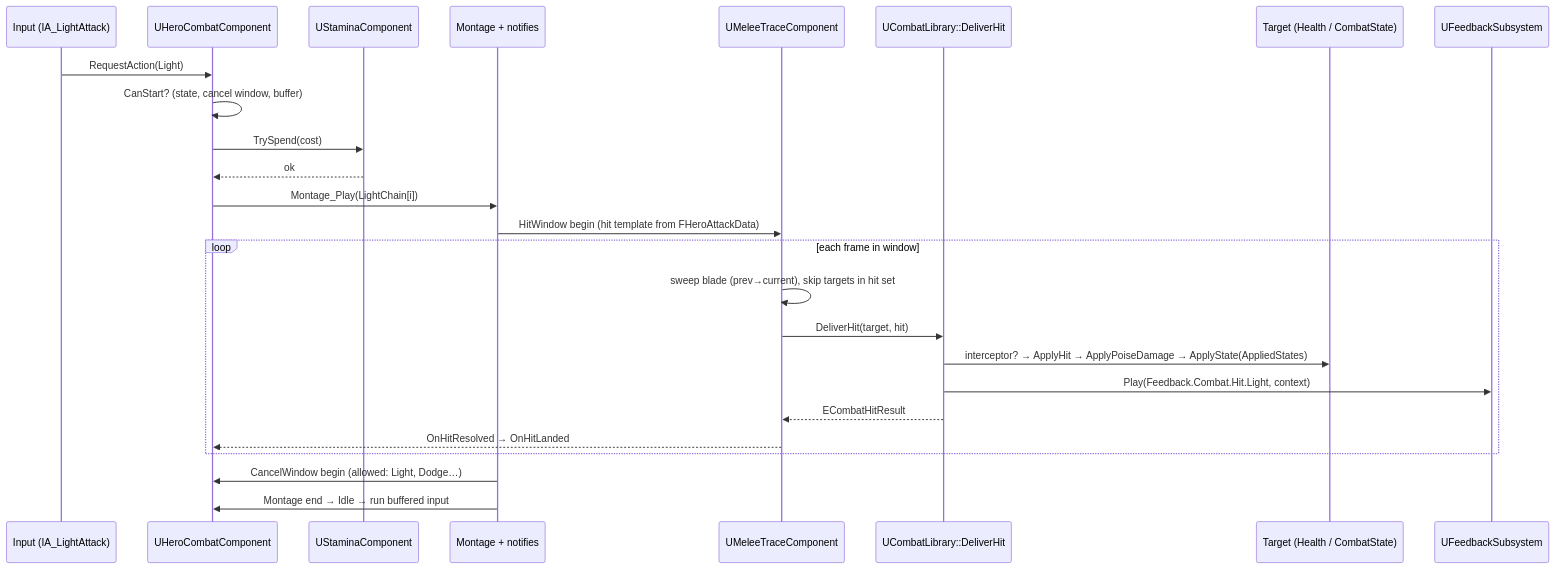
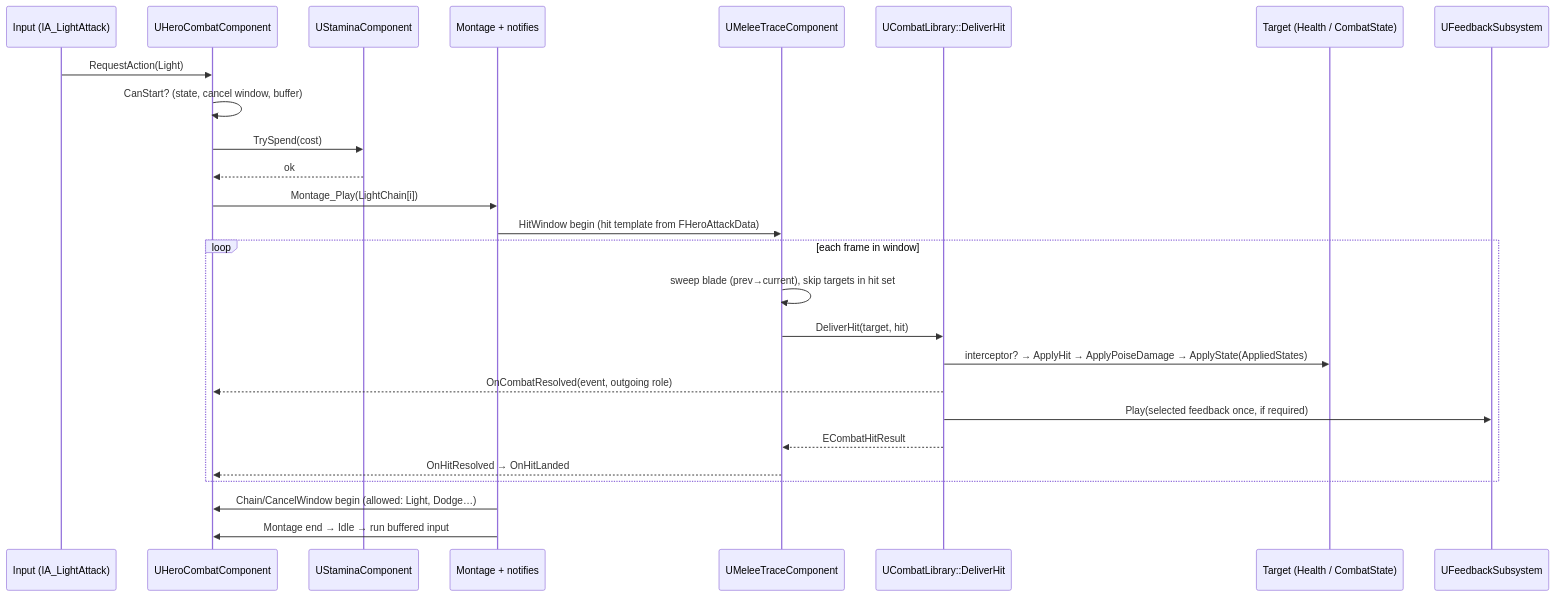
Before and after one commit to caodinhminhnhat230199/castle_defender: the first of 2 diagrams in ai/game/01-hero-combat/technical-plan.md, drawn with Mermaid. The commit also changed other lines of this file and 7 other files, not shown here.

````diff
--- a/ai/game/01-hero-combat/technical-plan.md
+++ b/ai/game/01-hero-combat/technical-plan.md
@@ -152,27 +162,28 @@
 ```mermaid
 sequenceDiagram
   participant In as Input (IA_LightAttack)
   participant HC as UHeroCombatComponent
   participant St as UStaminaComponent
   participant AM as Montage + notifies
   participant MT as UMeleeTraceComponent
   participant CL as UCombatLibrary::DeliverHit
   participant T as Target (Health / CombatState)
   participant FB as UFeedbackSubsystem
   In->>HC: RequestAction(Light)
   HC->>HC: CanStart? (state, cancel window, buffer)
   HC->>St: TrySpend(cost)
   St-->>HC: ok
   HC->>AM: Montage_Play(LightChain[i])
   AM->>MT: HitWindow begin (hit template from FHeroAttackData)
   loop each frame in window
     MT->>MT: sweep blade (prev→current), skip targets in hit set
     MT->>CL: DeliverHit(target, hit)
     CL->>T: interceptor? → ApplyHit → ApplyPoiseDamage → ApplyState(AppliedStates)
-    CL->>FB: Play(Feedback.Combat.Hit.Light, context)
+    CL-->>HC: OnCombatResolved(event, outgoing role)
+    CL->>FB: Play(selected feedback once, if required)
     CL-->>MT: ECombatHitResult
     MT-->>HC: OnHitResolved → OnHitLanded
   end
-  AM->>HC: CancelWindow begin (allowed: Light, Dodge…)
+  AM->>HC: Chain/CancelWindow begin (allowed: Light, Dodge…)
   AM->>HC: Montage end → Idle → run buffered input
 ```
````
